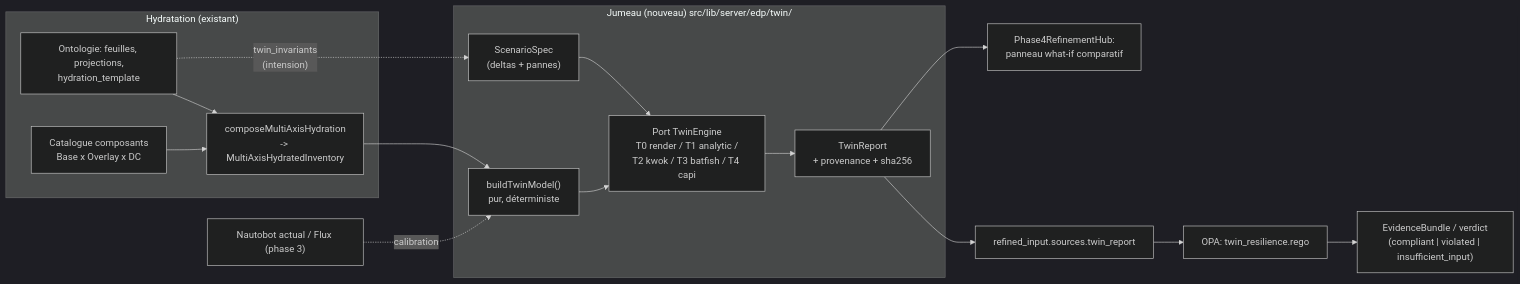
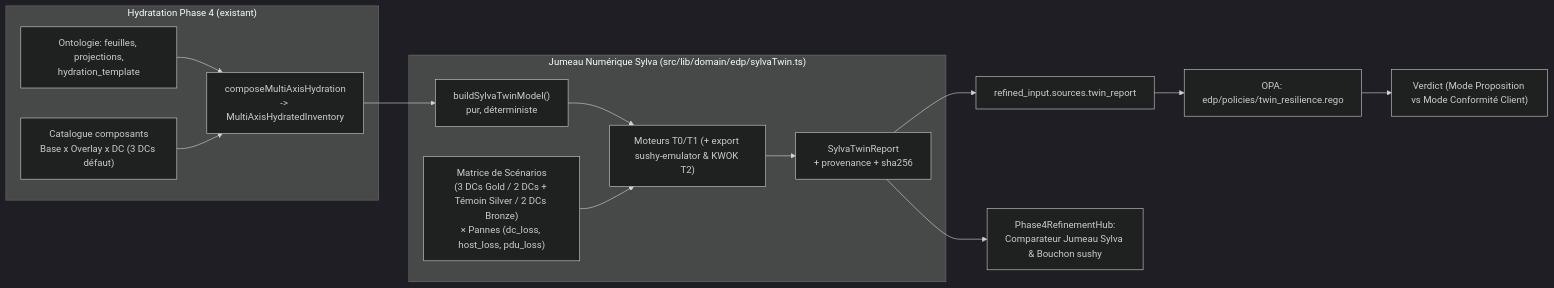
One commit to MauriceIsrael/archinex changed the diagram in openspec/changes/sylva-digital-twin/design.md. Above: the diagram before and after it, drawn with Mermaid (dark theme). The commit also changed other lines of this file and 13 other files, not shown here.

Commit message:
feat(twin): implement Sylva Digital Twin Palier 1 (3DC/2DC+Witness/2DC, sushy Redfish & OPA) (#292, #293)

````diff
--- a/openspec/changes/sylva-digital-twin/design.md
+++ b/openspec/changes/sylva-digital-twin/design.md
@@ -25,26 +17,24 @@
 ```mermaid
 flowchart LR
-  subgraph Hyd["Hydratation (existant)"]
+  subgraph Hyd["Hydratation Phase 4 (existant)"]
     ONT["Ontologie: feuilles, projections,\nhydration_template"]
-    CAT["Catalogue composants\nBase x Overlay x DC"]
+    CAT["Catalogue composants\nBase x Overlay x DC (3 DCs défaut)"]
     HYD["composeMultiAxisHydration\n-> MultiAxisHydratedInventory"]
     ONT --> HYD
     CAT --> HYD
   end
-  subgraph Twin["Jumeau (nouveau) src/lib/server/edp/twin/"]
-    BLD["buildTwinModel()\npur, déterministe"]
-    SCN["ScenarioSpec\n(deltas + pannes)"]
-    ENG["Port TwinEngine\nT0 render / T1 analytic /\nT2 kwok / T3 batfish / T4 capi"]
-    REP["TwinReport\n+ provenance + sha256"]
+  subgraph Twin["Jumeau Numérique Sylva (src/lib/domain/edp/sylvaTwin.ts)"]
+    BLD["buildSylvaTwinModel()\npur, déterministe"]
+    SCN["Matrice de Scénarios\n(3 DCs Gold / 2 DCs + Témoin Silver / 2 DCs Bronze)\n× Pannes (dc_loss, host_loss, pdu_loss)"]
+    ENG["Moteurs T0/T1 (+ export sushy-emulator & KWOK T2)"]
+    REP["SylvaTwinReport\n+ provenance + sha256"]
     BLD --> ENG
     SCN --> ENG
     ENG --> REP
   end
   HYD --> BLD
-  ONT -. "twin_invariants\n(intension)" .-> SCN
   REP --> RIN["refined_input.sources.twin_report"]
-  RIN --> OPA["OPA: twin_resilience.rego"]
-  OPA --> EVB["EvidenceBundle / verdict\n(compliant | violated | insufficient_input)"]
-  REP --> UI["Phase4RefinementHub:\npanneau what-if comparatif"]
-  NB["Nautobot actual / Flux (phase 3)"] -. calibration .-> BLD
+  RIN --> OPA["OPA: edp/policies/twin_resilience.rego"]
+  OPA --> EVB["Verdict (Mode Proposition vs Mode Conformité Client)"]
+  REP --> UI["Phase4RefinementHub:\nComparateur Jumeau Sylva & Bouchon sushy"]
 ```
````
